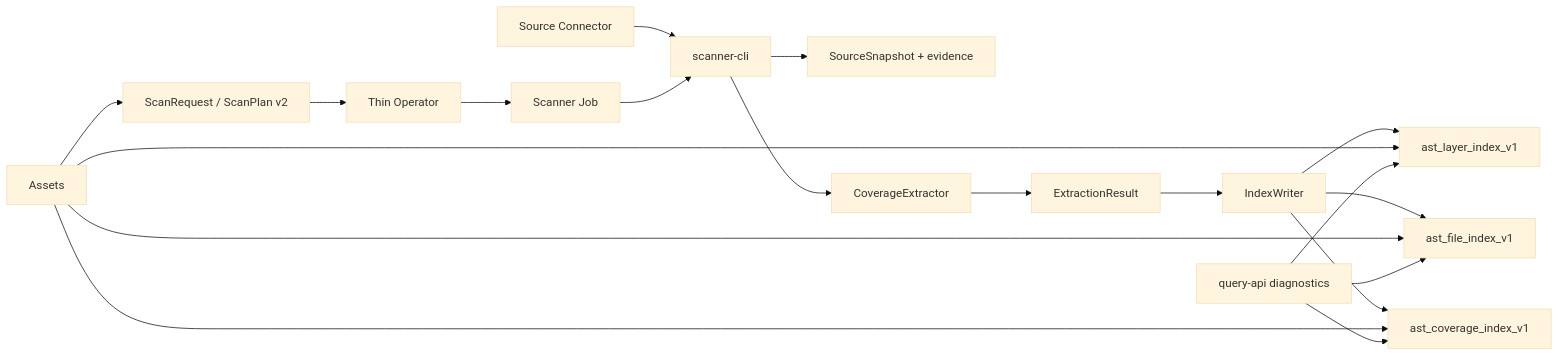
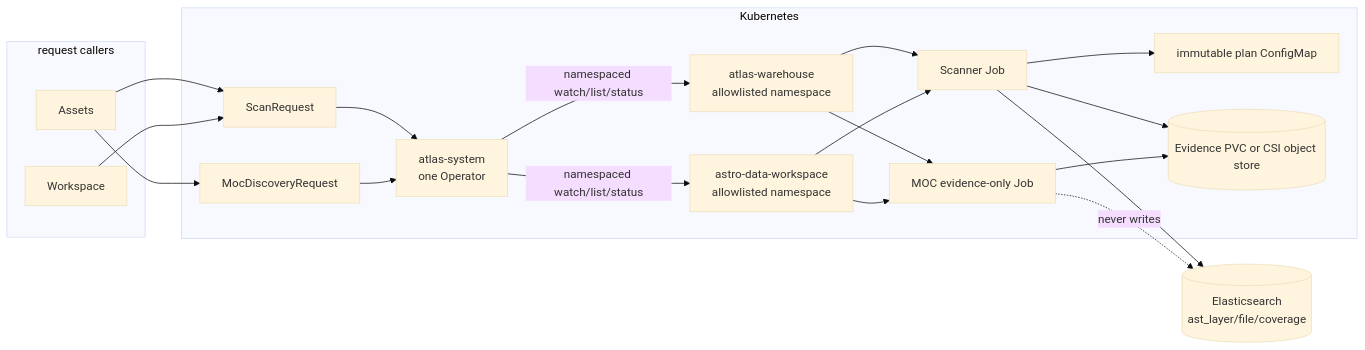
Before and after one commit to Astro-Survey-Atlas/Warehouse: the second of 4 diagrams in docs/architecture.md, drawn with Mermaid (base theme). The commit also changed other lines of this file and 230 other files, not shown here.

````diff
--- a/docs/architecture.md
+++ b/docs/architecture.md
@@ -5,21 +44,36 @@
 ```mermaid
 flowchart LR
-  assets[Assets] --> request[ScanRequest / ScanPlan v2]
-  request --> operator[Thin Operator]
-  operator --> job[Scanner Job]
-  source[Source Connector] --> scanner[scanner-cli]
-  job --> scanner
-  scanner --> snapshot[SourceSnapshot + evidence]
-  scanner --> extractor[CoverageExtractor]
-  extractor --> result[ExtractionResult]
-  result --> writer[IndexWriter]
-  writer --> layer[ast_layer_index_v1]
-  writer --> files[ast_file_index_v1]
-  writer --> coverage[ast_coverage_index_v1]
-  assets --> layer
-  assets --> coverage
-  assets --> files
-  query[query-api diagnostics] --> layer
-  query --> coverage
-  query --> files
+  subgraph callers[request callers]
+    A[Assets]
+    W[Workspace]
+  end
+  subgraph k8s[Kubernetes]
+    C1[atlas-system<br/>one Operator]
+    N1[atlas-warehouse<br/>allowlisted namespace]
+    N2[astro-data-workspace<br/>allowlisted namespace]
+    SR[ScanRequest]
+    MR[MocDiscoveryRequest]
+    SJ[Scanner Job]
+    MJ[MOC evidence-only Job]
+    CM[immutable plan ConfigMap]
+    EV[(Evidence PVC or CSI object store)]
+  end
+  ES[(Elasticsearch<br/>ast_layer/file/coverage)]
+
+  A --> SR
+  W --> SR
+  A --> MR
+  SR --> C1
+  MR --> C1
+  C1 -->|namespaced watch/list/status| N1
+  C1 -->|namespaced watch/list/status| N2
+  N1 --> SJ
+  N2 --> SJ
+  N1 --> MJ
+  N2 --> MJ
+  SJ --> CM
+  SJ --> ES
+  SJ --> EV
+  MJ --> EV
+  MJ -.->|never writes| ES
 ```
````
